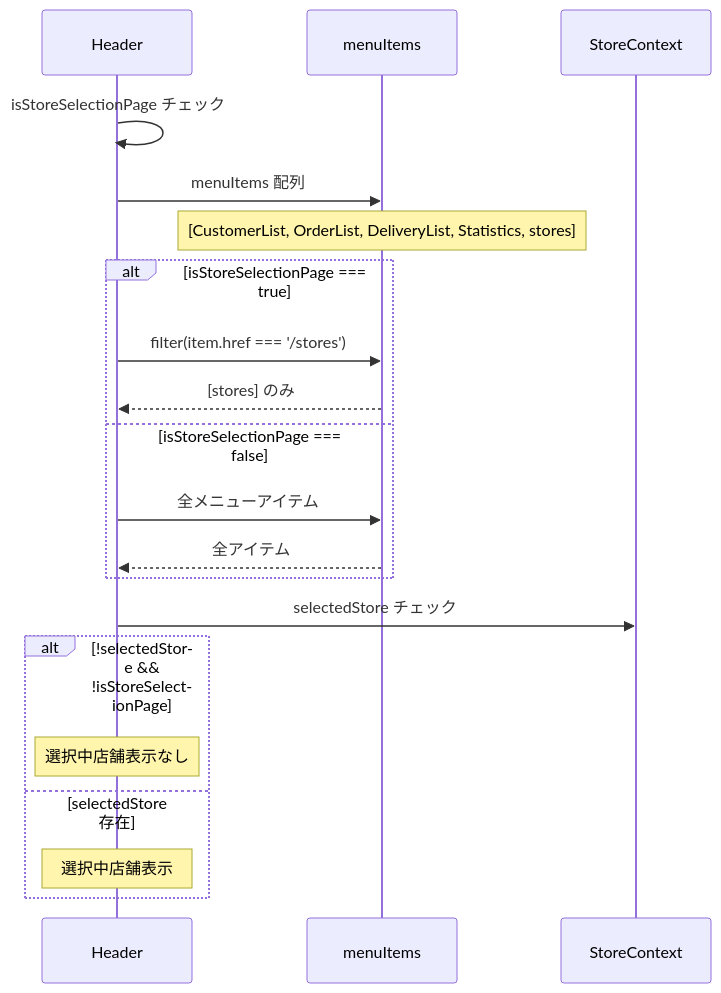
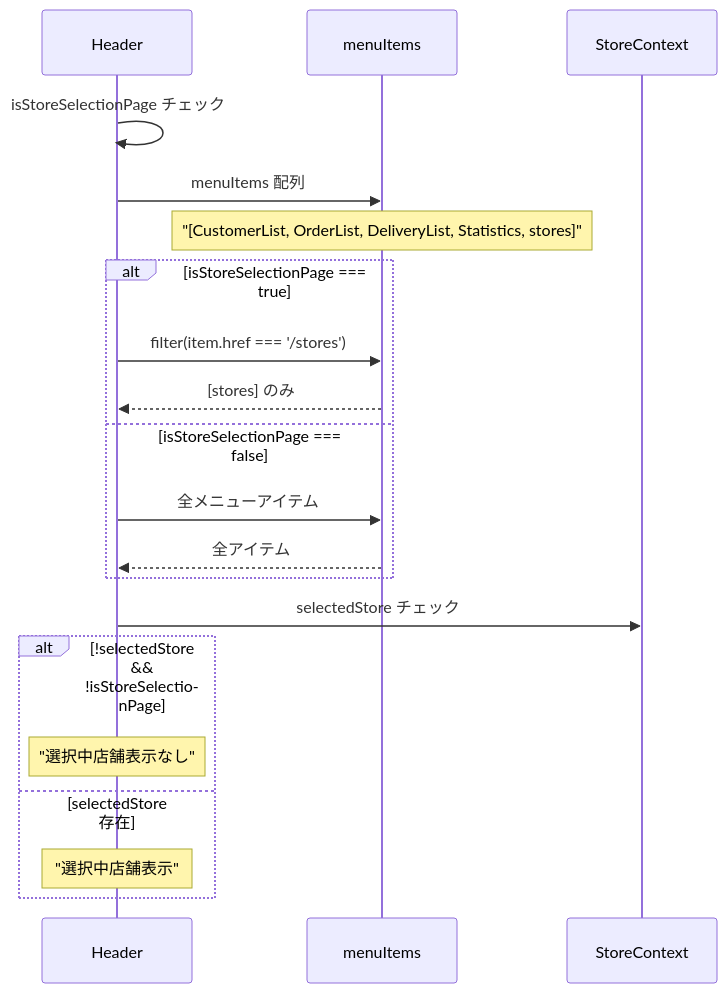
Before and after one commit to wasabi49/ocs-systemDevelopmentExercises: the fourth of 9 diagrams in document/components/sequence/Header.md, drawn with Mermaid. The commit also changed other lines of this file and 42 other files, not shown here.

First line of the commit message:
fix: mermaidシーケンス図のNote over文でダブルクォーテーション不足を修正

````diff
--- a/document/components/sequence/Header.md
+++ b/document/components/sequence/Header.md
@@ -75,26 +75,26 @@
 ```mermaid
 sequenceDiagram
     participant Header as Header
     participant MenuItems as menuItems
     participant Context as StoreContext
 
     Header->>Header: isStoreSelectionPage チェック
     Header->>MenuItems: menuItems 配列
-    Note over MenuItems: [CustomerList, OrderList, DeliveryList, Statistics, stores]
+    Note over MenuItems: "[CustomerList, OrderList, DeliveryList, Statistics, stores]"
     
     alt isStoreSelectionPage === true
         Header->>MenuItems: filter(item.href === '/stores')
         MenuItems-->>Header: [stores] のみ
     else isStoreSelectionPage === false
         Header->>MenuItems: 全メニューアイテム
         MenuItems-->>Header: 全アイテム
     end
     
     Header->>Context: selectedStore チェック
     
     alt !selectedStore && !isStoreSelectionPage
-        Note over Header: 選択中店舗表示なし
+        Note over Header: "選択中店舗表示なし"
     else selectedStore 存在
-        Note over Header: 選択中店舗表示
+        Note over Header: "選択中店舗表示"
     end
 ```
````
